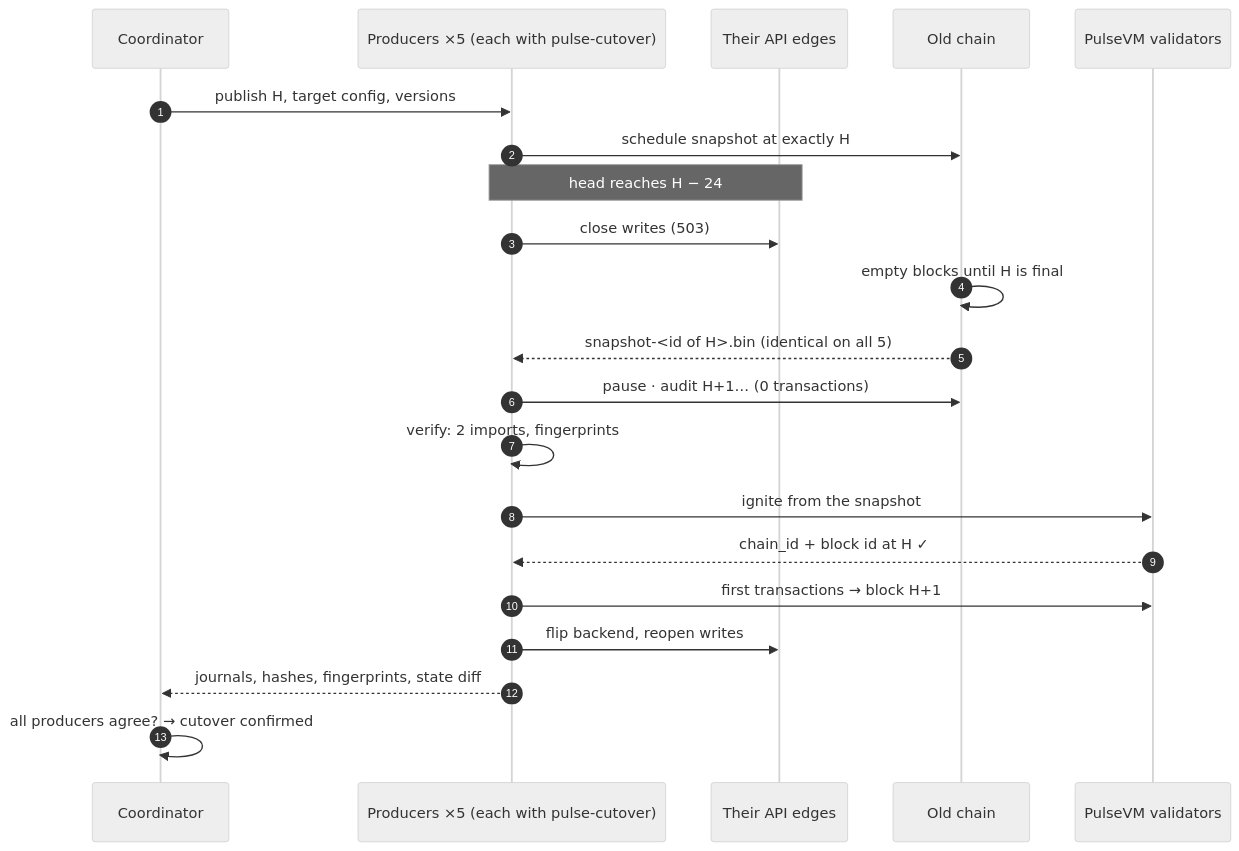
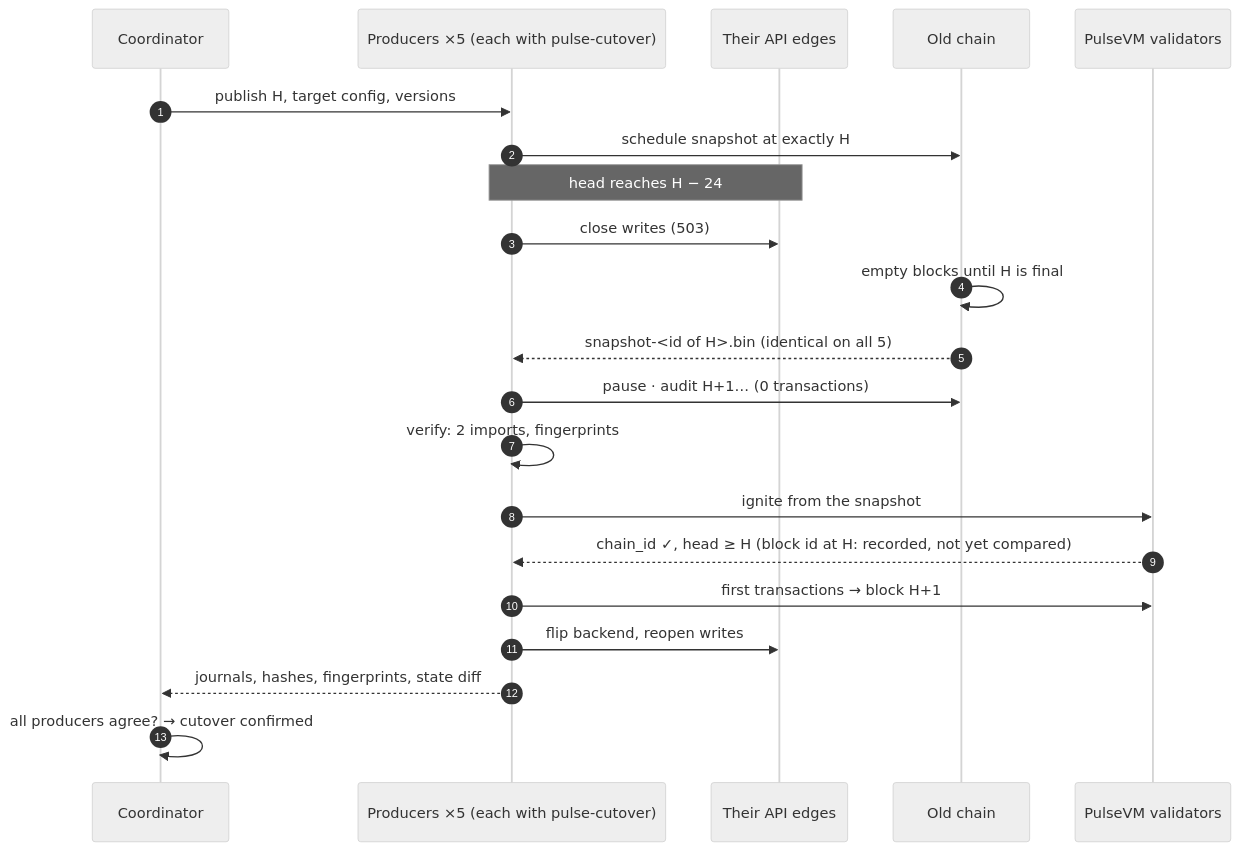
Before and after one commit to paulgnz/pulse-cutover: the sixth of 8 diagrams in docs/PROCESS.md, drawn with Mermaid (neutral theme). The commit also changed other lines of this file and 6 other files, not shown here.

````diff
--- a/docs/PROCESS.md
+++ b/docs/PROCESS.md
@@ -224,23 +234,23 @@
 ```mermaid
 sequenceDiagram
     autonumber
     participant C as Coordinator
     participant BP as Producers ×5 (each with pulse-cutover)
     participant E as Their API edges
     participant N as Old chain
     participant P as PulseVM validators
     C->>BP: publish H, target config, versions
     BP->>N: schedule snapshot at exactly H
     Note over BP,E: head reaches H − 24
     BP->>E: close writes (503)
     N->>N: empty blocks until H is final
     N-->>BP: snapshot-<id of H>.bin (identical on all 5)
     BP->>N: pause · audit H+1… (0 transactions)
     BP->>BP: verify: 2 imports, fingerprints
     BP->>P: ignite from the snapshot
-    P-->>BP: chain_id + block id at H ✓
+    P-->>BP: chain_id ✓, head ≥ H (block id at H: recorded, not yet compared)
     BP->>P: first transactions → block H+1
     BP->>E: flip backend, reopen writes
     BP-->>C: journals, hashes, fingerprints, state diff
     C->>C: all producers agree? → cutover confirmed
 ```
````
